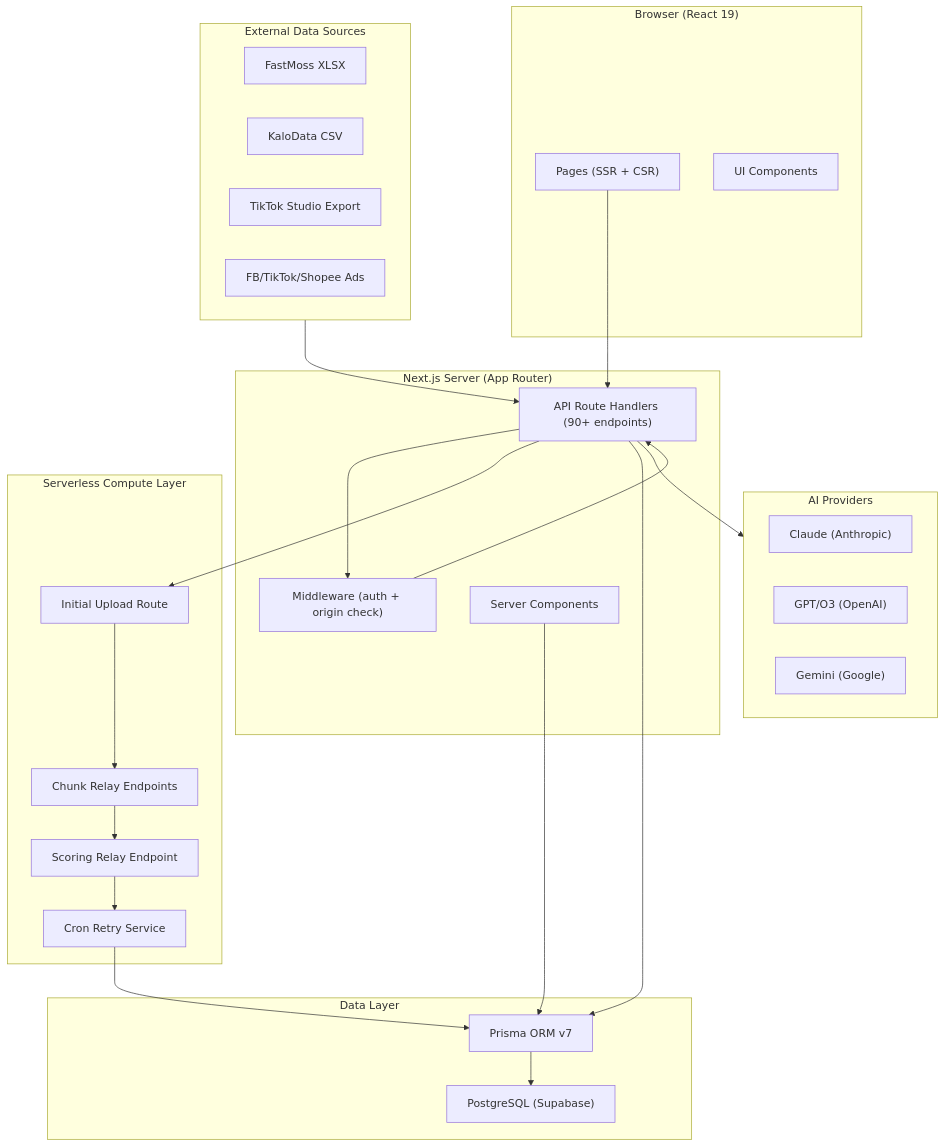
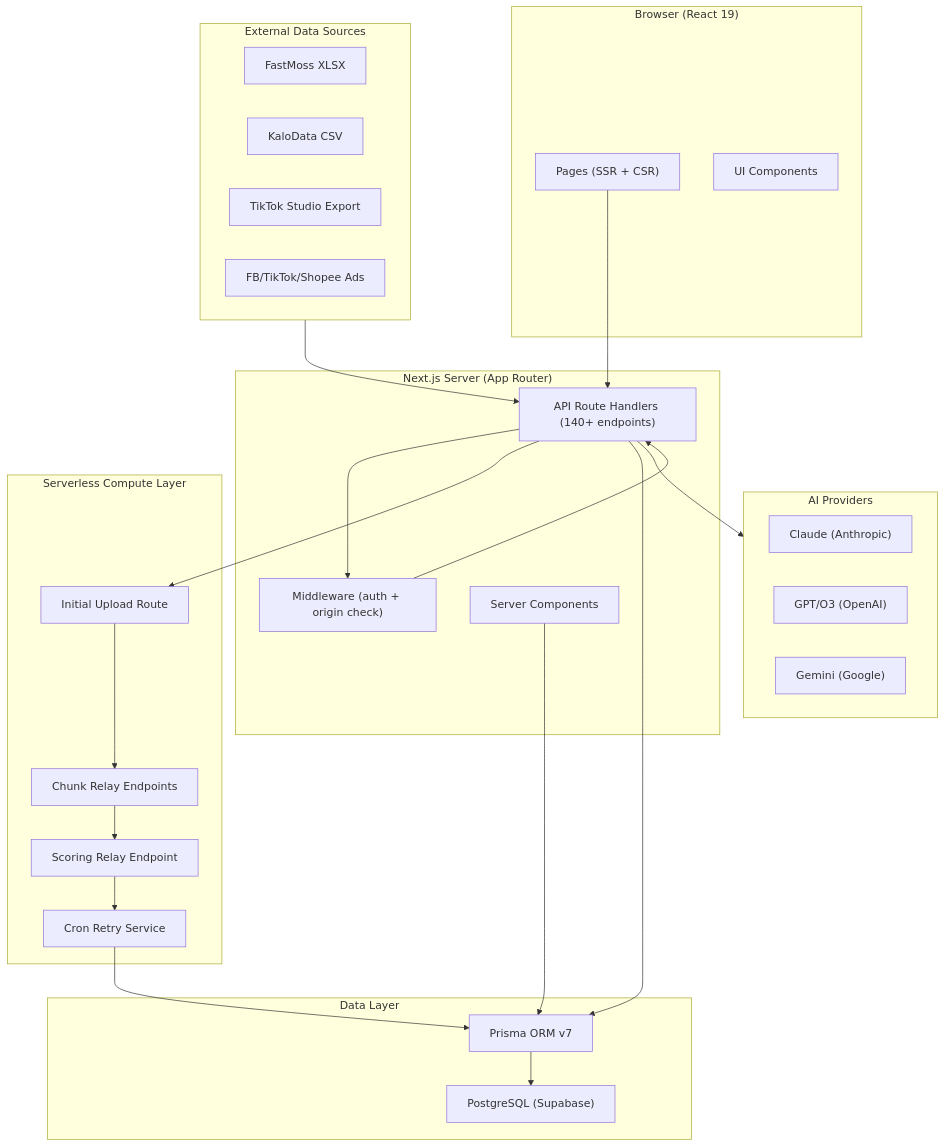
Before and after one commit to dootan2020/affiliate-scorer: the diagram in docs/system-architecture.md, drawn with Mermaid. The commit also changed other lines of this file and 7 other files, not shown here.

First line of the commit message:
docs: comprehensive update to v1.10.0 — reconcile metrics, trim architecture

````diff
--- a/docs/system-architecture.md
+++ b/docs/system-architecture.md
@@ -9,51 +9,51 @@
 ```mermaid
 graph TB
     subgraph Client["Browser (React 19)"]
         Pages["Pages (SSR + CSR)"]
         Components["UI Components"]
     end
 
     subgraph Server["Next.js Server (App Router)"]
-        API["API Route Handlers (90+ endpoints)"]
+        API["API Route Handlers (140+ endpoints)"]
         MW["Middleware (auth + origin check)"]
         ServerComponents["Server Components"]
     end
 
     subgraph Compute["Serverless Compute Layer"]
         InitialReq["Initial Upload Route"]
         ChunkRelay["Chunk Relay Endpoints"]
         ScoringRelay["Scoring Relay Endpoint"]
         CronJob["Cron Retry Service"]
     end
 
     subgraph Data["Data Layer"]
         Prisma["Prisma ORM v7"]
         PgPool["PostgreSQL (Supabase)"]
     end
 
     subgraph AI["AI Providers"]
         Claude["Claude (Anthropic)"]
         GPT["GPT/O3 (OpenAI)"]
         Gemini["Gemini (Google)"]
     end
 
     subgraph External["External Data Sources"]
         FastMoss["FastMoss XLSX"]
         KaloData["KaloData CSV"]
         TikTokStudio["TikTok Studio Export"]
         AdsPlatforms["FB/TikTok/Shopee Ads"]
     end
 
     Pages --> API
     API --> MW
     MW --> API
     API --> InitialReq
     InitialReq --> ChunkRelay
     ChunkRelay --> ScoringRelay
     ScoringRelay --> CronJob
     API --> Prisma --> PgPool
     API --> AI
     External --> API
     CronJob --> Prisma
     ServerComponents --> Prisma
 ```
````
